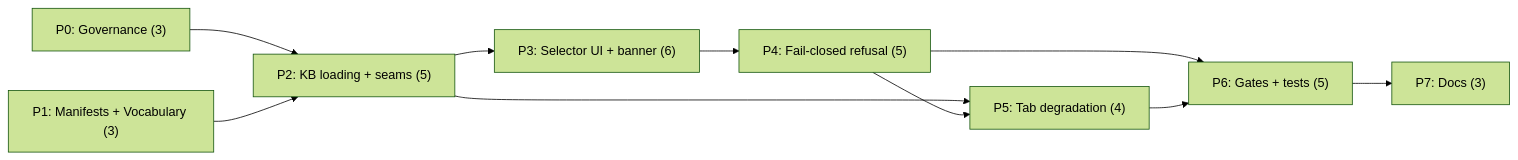
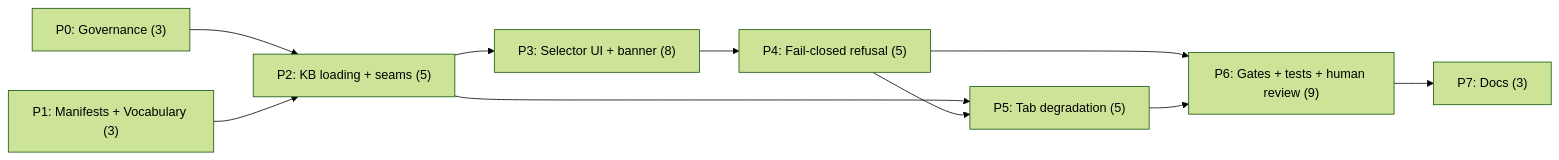
One commit to miethe/pediatric-anemia-site changed the diagram in docs/project_plans/implementation_plans/features/spa-module-switcher-v1.md. Above: the diagram before and after it, drawn with Mermaid (forest theme). The commit also changed other lines of this file and 13 other files, not shown here.

````diff
--- a/docs/project_plans/implementation_plans/features/spa-module-switcher-v1.md
+++ b/docs/project_plans/implementation_plans/features/spa-module-switcher-v1.md
@@ -121,12 +112,10 @@
 ```mermaid
 graph LR
-  P0["P0: Governance (3)"] --> P2
-  P1["P1: Manifests + Vocabulary (3)"] --> P2["P2: KB loading + seams (5)"]
-  P2 --> P3["P3: Selector UI + banner (6)"]
-  P2 --> P5["P5: Tab degradation (4)"]
-  P3 --> P4["P4: Fail-closed refusal (5)"]
+  P0["P0: Governance (3)"] --> P2["P2: KB loading + seams (5)"]
+  P1["P1: Manifests + Vocabulary (3)"] --> P2
+  P2 --> P3["P3: Selector UI + banner (8)"] --> P4["P4: Fail-closed refusal (5)"]
+  P2 --> P5["P5: Tab degradation (5)"]
   P4 --> P5
-  P4 --> P6["P6: Gates + tests (5)"]
-  P5 --> P6
-  P6 --> P7["P7: Docs (3)"]
+  P4 --> P6["P6: Gates + tests + human review (9)"]
+  P5 --> P6 --> P7["P7: Docs (3)"]
 ```
````
